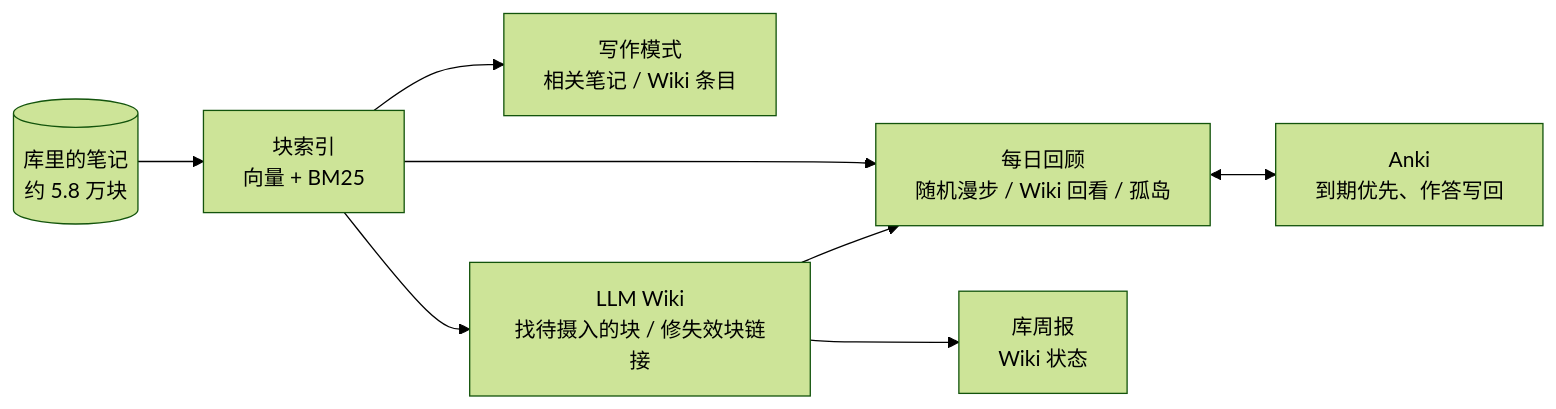
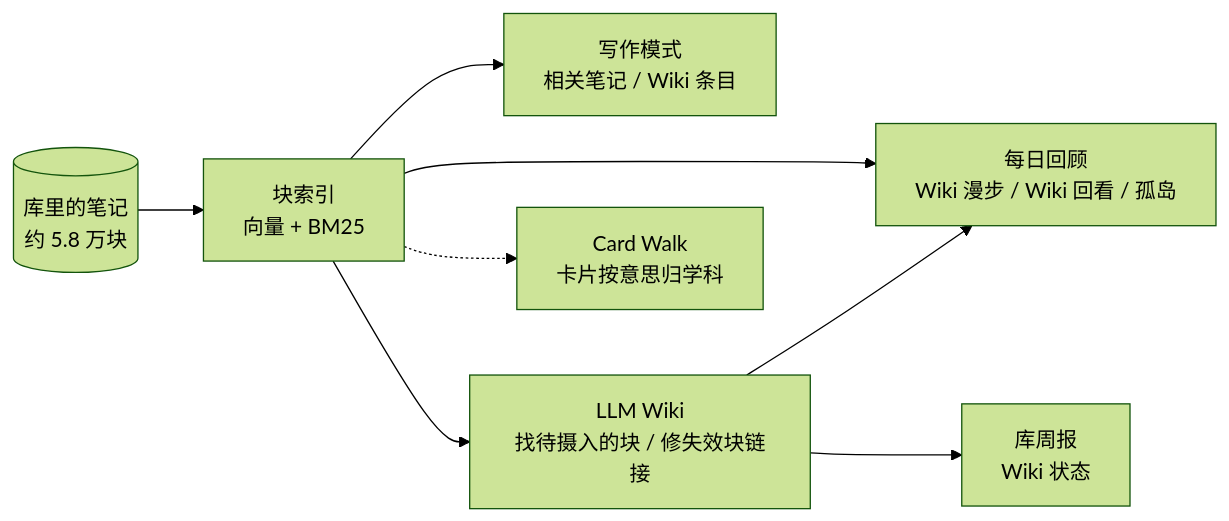
One commit to MatsuriMW/Obsidian-Plugins changed the diagram in second-brain-local/README.md. Above: the diagram before and after it, drawn with Mermaid (forest theme). The commit also changed other lines of this file and 7 other files, not shown here.

Commit message:
第二大脑 0.6.0：刷卡拆成单独的插件 Card Walk（MatsuriMW/card-walk），每日回顾只留 Wiki 漫步 / Wiki 回看 / 孤岛，加 embedCached() 给 Card Walk 按意思归学科；快捷键总览的刷卡按键挪到 card-walk 名下

````diff
--- a/second-brain-local/README.md
+++ b/second-brain-local/README.md
@@ -9,10 +11,10 @@
 ```mermaid
 flowchart LR
   V[(库里的笔记<br/>约 5.8 万块)] --> I[块索引<br/>向量 + BM25]
   I --> W[写作模式<br/>相关笔记 / Wiki 条目]
   I --> L[LLM Wiki<br/>找待摄入的块 / 修失效块链接]
-  I --> R[每日回顾<br/>随机漫步 / Wiki 回看 / 孤岛]
-  R <--> A[Anki<br/>到期优先、作答写回]
+  I --> R[每日回顾<br/>Wiki 漫步 / Wiki 回看 / 孤岛]
+  I -.-> C[Card Walk<br/>卡片按意思归学科]
   L --> R
   L --> P[库周报<br/>Wiki 状态]
 ```
````
